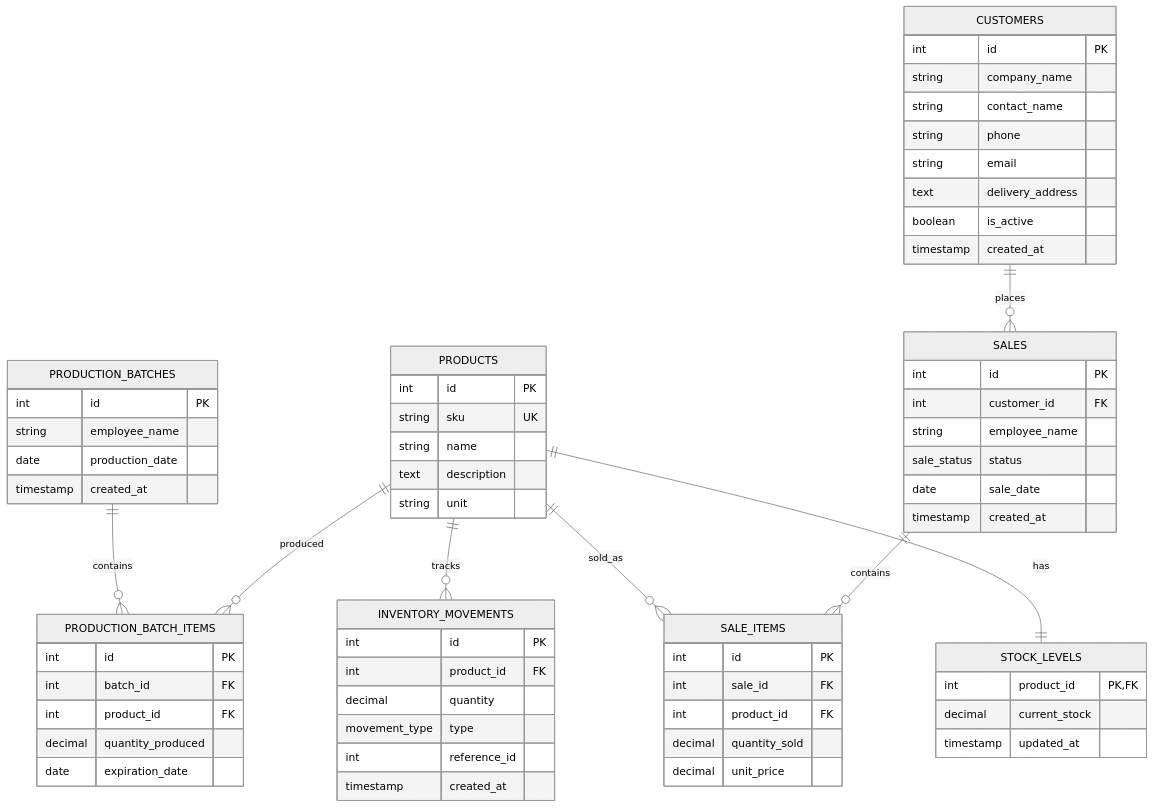
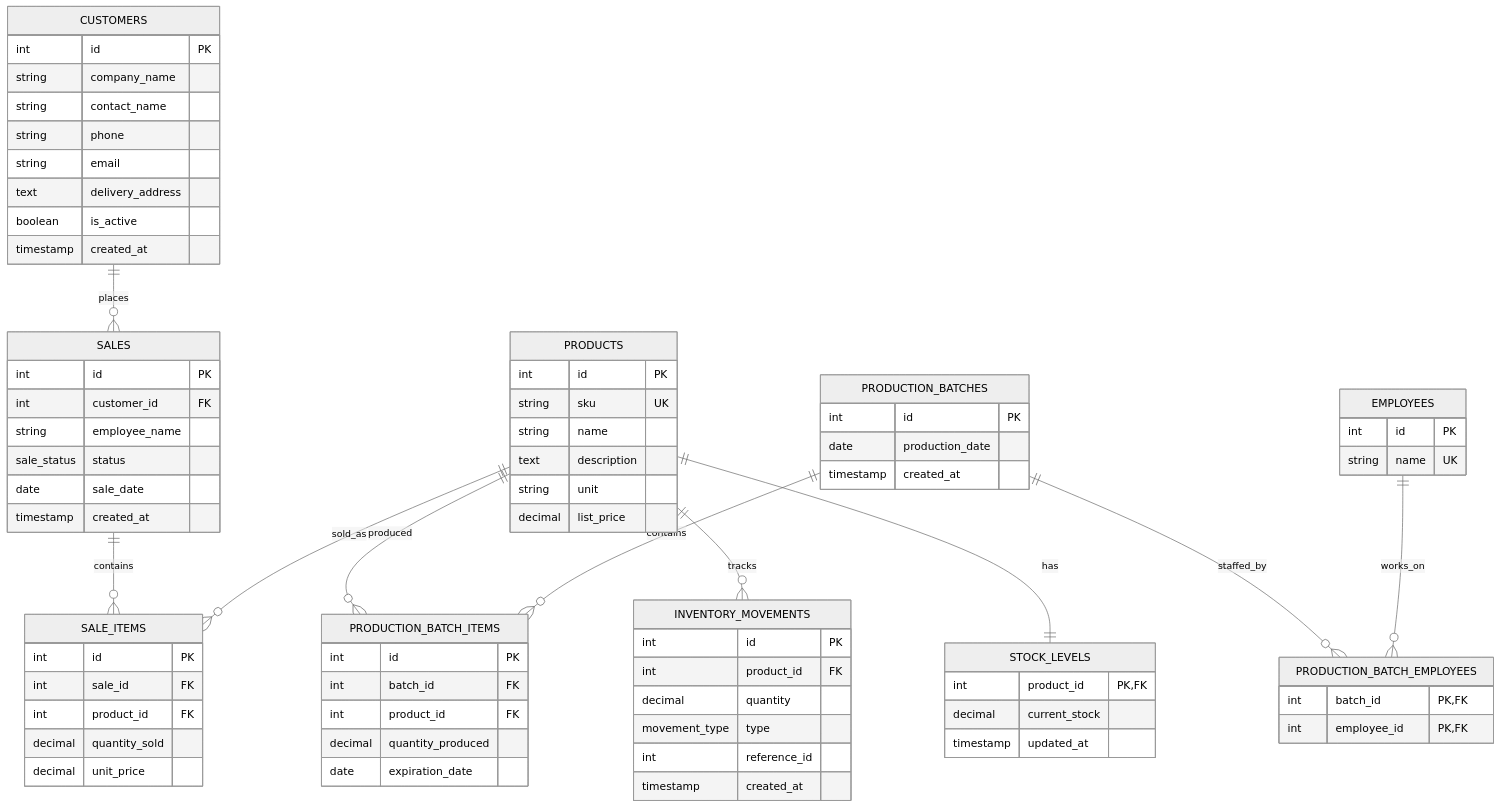
One commit to juanda8585/Abastos-app changed the diagram in database.md. Above: the diagram before and after it, drawn with Mermaid (neutral theme). The commit also changed 22 other files, not shown here.

```diff
--- a/database.md
+++ b/database.md
@@ -9,13 +9,23 @@
         string name
         text description
         string unit
+        decimal list_price
+    }
+
+    EMPLOYEES {
+        int id PK
+        string name UK
     }
 
     PRODUCTION_BATCHES {
         int id PK
-        string employee_name
         date production_date
         timestamp created_at
+    }
+
+    PRODUCTION_BATCH_EMPLOYEES {
+        int batch_id PK,FK
+        int employee_id PK,FK
     }
 
     PRODUCTION_BATCH_ITEMS {
@@ -71,6 +81,8 @@
 
     PRODUCTS ||--o{ PRODUCTION_BATCH_ITEMS : produced
     PRODUCTION_BATCHES ||--o{ PRODUCTION_BATCH_ITEMS : contains
+    PRODUCTION_BATCHES ||--o{ PRODUCTION_BATCH_EMPLOYEES : staffed_by
+    EMPLOYEES ||--o{ PRODUCTION_BATCH_EMPLOYEES : works_on
 
     CUSTOMERS ||--o{ SALES : places
     SALES ||--o{ SALE_ITEMS : contains
```
